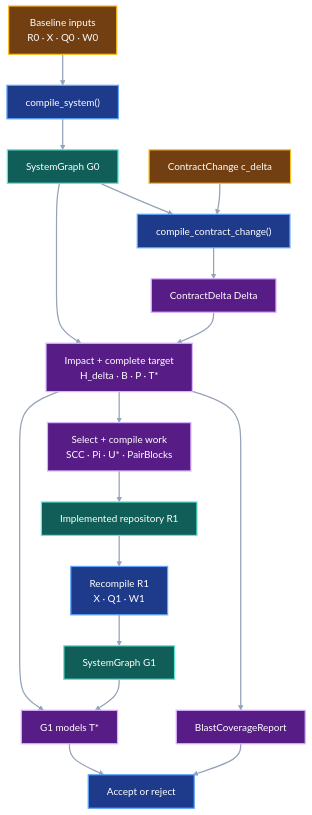
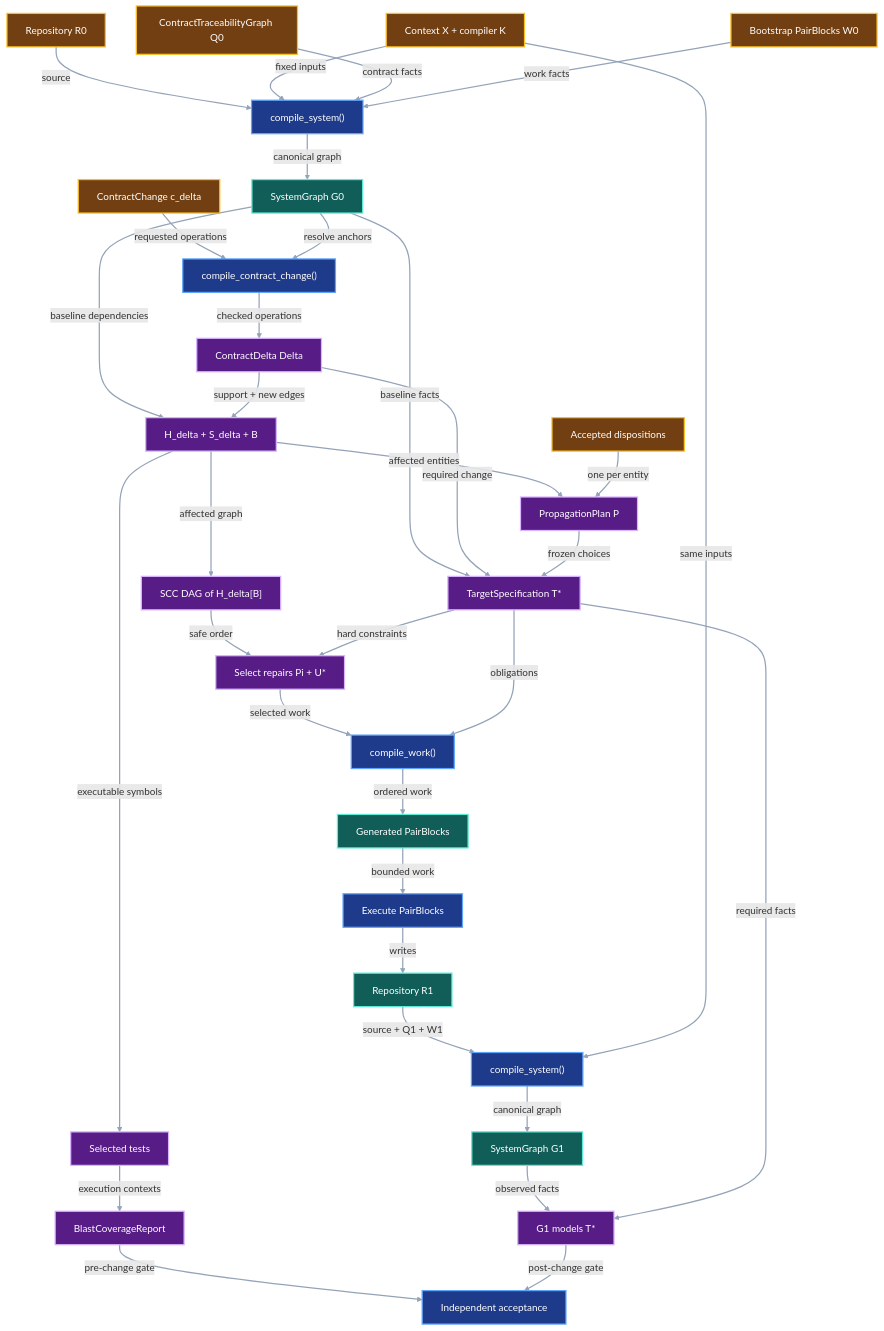
The fourth of 4 diagrams in docs/development/system-impact-compiler.md (pvd232/viper), drawn with Mermaid before and after one commit. The commit also changed other lines of this file and 18 other files, not shown here.

Commit message:
Unify system impact compiler specification

````diff
--- a/docs/development/system-impact-compiler.md
+++ b/docs/development/system-impact-compiler.md
@@ -359,44 +360,71 @@
 ```mermaid
 flowchart TD
-    Baseline["Baseline inputs<br/>R0 · X · Q0 · W0"]
+    R0["Repository R0"]
+    X["Context X + compiler K"]
+    Q0["ContractTraceabilityGraph Q0"]
+    W0["Bootstrap PairBlocks W0"]
     CompileBase["compile_system()"]
-    BaseGraph["SystemGraph G0"]
+    G0["SystemGraph G0"]
     Change["ContractChange c_delta"]
     CompileChange["compile_contract_change()"]
     Delta["ContractDelta Delta"]
-    Complete["Impact + complete target<br/>H_delta · B · P · T*"]
+    Impact["H_delta + S_delta + B"]
+    SCC["SCC DAG of H_delta[B]"]
+    Tests["Selected tests"]
     Coverage["BlastCoverageReport"]
-    Select["Select + compile work<br/>SCC · Pi · U* · PairBlocks"]
-    Candidate["Implemented repository R1"]
-    Observe["Recompile R1<br/>X · Q1 · W1"]
-    CandidateGraph["SystemGraph G1"]
+    Decisions["Accepted dispositions"]
+    Plan["PropagationPlan P"]
+    Target["TargetSpecification T*"]
+    Repairs["Select repairs Pi + U*"]
+    CompileWork["compile_work()"]
+    PairBlocks["Generated PairBlocks"]
+    Execute["Execute PairBlocks"]
+    R1["Repository R1"]
+    Observe["compile_system()"]
+    G1["SystemGraph G1"]
     Conformance["G1 models T*"]
-    Review["Accept or reject"]
+    Review["Independent acceptance"]
 
-    Baseline --> CompileBase
-    CompileBase --> BaseGraph
-    Change --> CompileChange
-    BaseGraph --> CompileChange
-    CompileChange --> Delta
-    BaseGraph --> Complete
-    Delta --> Complete
-    Complete --> Coverage
-    Complete --> Select
-    Select --> Candidate
-    Candidate --> Observe
-    Observe --> CandidateGraph
-    CandidateGraph --> Conformance
-    Complete --> Conformance
-    Coverage --> Review
-    Conformance --> Review
+    R0 -->|"source"| CompileBase
+    X -->|"fixed inputs"| CompileBase
+    Q0 -->|"contract facts"| CompileBase
+    W0 -->|"work facts"| CompileBase
+    CompileBase -->|"canonical graph"| G0
+    Change -->|"requested operations"| CompileChange
+    G0 -->|"resolve anchors"| CompileChange
+    CompileChange -->|"checked operations"| Delta
+    G0 -->|"baseline dependencies"| Impact
+    Delta -->|"support + new edges"| Impact
+    Impact -->|"affected graph"| SCC
+    Impact -->|"executable symbols"| Tests
+    Tests -->|"execution contexts"| Coverage
+    Impact -->|"affected entities"| Plan
+    Decisions -->|"one per entity"| Plan
+    G0 -->|"baseline facts"| Target
+    Delta -->|"required change"| Target
+    Plan -->|"frozen choices"| Target
+    SCC -->|"safe order"| Repairs
+    Target -->|"hard constraints"| Repairs
+    Repairs -->|"selected work"| CompileWork
+    Target -->|"obligations"| CompileWork
+    CompileWork -->|"ordered work"| PairBlocks
+    PairBlocks -->|"bounded work"| Execute
+    Execute -->|"writes"| R1
+    R1 -->|"source + Q1 + W1"| Observe
+    X -->|"same inputs"| Observe
+    Observe -->|"canonical graph"| G1
+    G1 -->|"observed facts"| Conformance
+    Target -->|"required facts"| Conformance
+    Coverage -->|"pre-change gate"| Review
+    Conformance -->|"post-change gate"| Review
 
-    class Baseline,Change input
-    class CompileBase,CompileChange,Observe,Review consumer
-    class BaseGraph,Candidate,CandidateGraph evidence
-    class Delta,Complete,Coverage,Select,Conformance output
+    class R0,X,Q0,W0,Change,Decisions input
+    class CompileBase,CompileChange,CompileWork,Execute,Observe,Review consumer
+    class G0,PairBlocks,R1,G1 evidence
+    class Delta,Impact,SCC,Tests,Coverage,Plan,Target,Repairs,Conformance output
     classDef input fill:#713f12,stroke:#fbbf24,color:#ffffff,stroke-width:2px
     classDef evidence fill:#115e59,stroke:#5eead4,color:#ffffff,stroke-width:2px
     classDef output fill:#581c87,stroke:#d8b4fe,color:#ffffff,stroke-width:2px
     classDef consumer fill:#1e3a8a,stroke:#60a5fa,color:#ffffff,stroke-width:2px
     linkStyle default stroke:#94a3b8,stroke-width:2px
 ```
````
